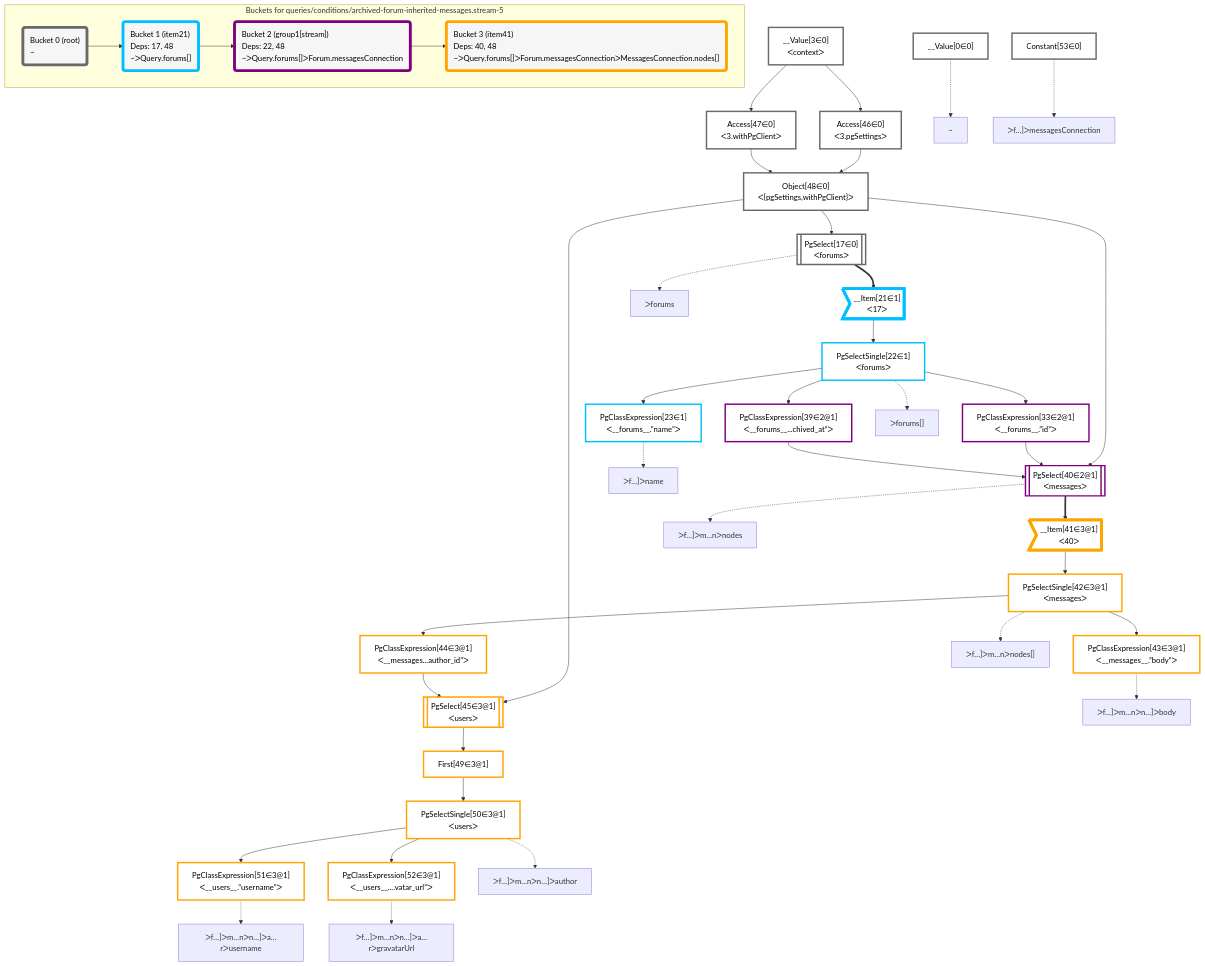
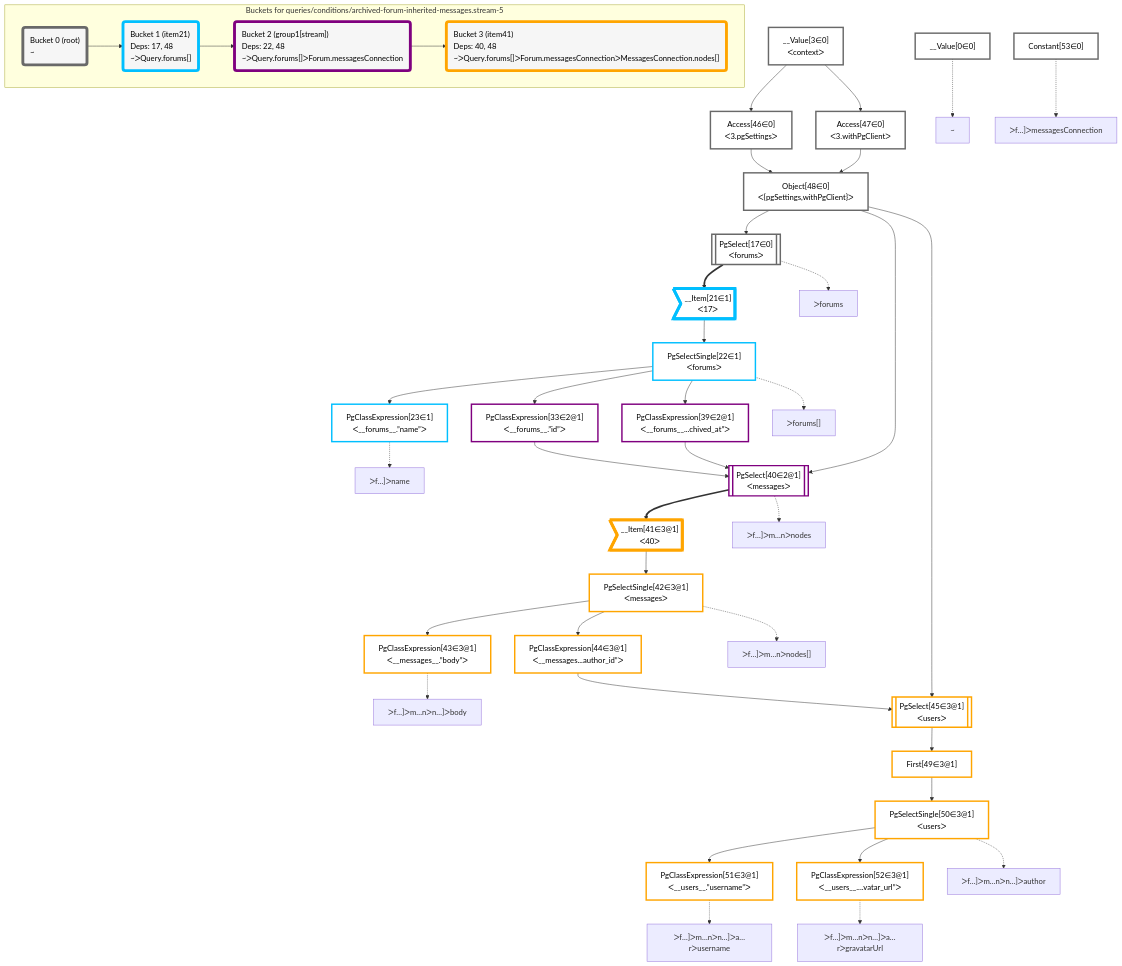
One commit to graphile/crystal changed the diagram in packages/dataplan-pg/__tests__/queries/conditions/archived-forum-inherited-messages.stream-5.deopt.mermaid.md. Above: the diagram before and after it, drawn with Mermaid. The commit also changed other lines of this file and 195 other files, not shown here.

Commit message:
Reorder graphs

```diff
--- a/packages/dataplan-pg/__tests__/queries/conditions/archived-forum-inherited-messages.stream-5.deopt.mermaid.md
+++ b/packages/dataplan-pg/__tests__/queries/conditions/archived-forum-inherited-messages.stream-5.deopt.mermaid.md
@@ -9,48 +9,48 @@
 
     %% define plans
     __Value0["__Value[0∈0]"]:::plan
+    __Value3["__Value[3∈0]<br />ᐸcontextᐳ"]:::plan
+    Access46["Access[46∈0]<br />ᐸ3.pgSettingsᐳ"]:::plan
+    Access47["Access[47∈0]<br />ᐸ3.withPgClientᐳ"]:::plan
+    Object48["Object[48∈0]<br />ᐸ{pgSettings,withPgClient}ᐳ"]:::plan
+    PgSelect17[["PgSelect[17∈0]<br />ᐸforumsᐳ"]]:::plan
+    __Item21>"__Item[21∈1]<br />ᐸ17ᐳ"]:::itemplan
+    PgSelectSingle22["PgSelectSingle[22∈1]<br />ᐸforumsᐳ"]:::plan
     PgClassExpression23["PgClassExpression[23∈1]<br />ᐸ__forums__.”name”ᐳ"]:::plan
+    PgClassExpression33["PgClassExpression[33∈2@1]<br />ᐸ__forums__.”id”ᐳ"]:::plan
+    Constant53["Constant[53∈0]"]:::plan
+    PgClassExpression39["PgClassExpression[39∈2@1]<br />ᐸ__forums__...chived_at”ᐳ"]:::plan
+    PgSelect40[["PgSelect[40∈2@1]<br />ᐸmessagesᐳ"]]:::plan
+    __Item41>"__Item[41∈3@1]<br />ᐸ40ᐳ"]:::itemplan
+    PgSelectSingle42["PgSelectSingle[42∈3@1]<br />ᐸmessagesᐳ"]:::plan
     PgClassExpression43["PgClassExpression[43∈3@1]<br />ᐸ__messages__.”body”ᐳ"]:::plan
+    PgClassExpression44["PgClassExpression[44∈3@1]<br />ᐸ__messages...author_id”ᐳ"]:::plan
+    PgSelect45[["PgSelect[45∈3@1]<br />ᐸusersᐳ"]]:::plan
+    First49["First[49∈3@1]"]:::plan
+    PgSelectSingle50["PgSelectSingle[50∈3@1]<br />ᐸusersᐳ"]:::plan
     PgClassExpression51["PgClassExpression[51∈3@1]<br />ᐸ__users__.”username”ᐳ"]:::plan
     PgClassExpression52["PgClassExpression[52∈3@1]<br />ᐸ__users__....vatar_url”ᐳ"]:::plan
-    PgSelectSingle50["PgSelectSingle[50∈3@1]<br />ᐸusersᐳ"]:::plan
-    First49["First[49∈3@1]"]:::plan
-    PgSelect45[["PgSelect[45∈3@1]<br />ᐸusersᐳ"]]:::plan
-    PgClassExpression44["PgClassExpression[44∈3@1]<br />ᐸ__messages...author_id”ᐳ"]:::plan
-    PgSelectSingle42["PgSelectSingle[42∈3@1]<br />ᐸmessagesᐳ"]:::plan
-    __Item41>"__Item[41∈3@1]<br />ᐸ40ᐳ"]:::itemplan
-    PgSelect40[["PgSelect[40∈2@1]<br />ᐸmessagesᐳ"]]:::plan
-    PgClassExpression33["PgClassExpression[33∈2@1]<br />ᐸ__forums__.”id”ᐳ"]:::plan
-    PgClassExpression39["PgClassExpression[39∈2@1]<br />ᐸ__forums__...chived_at”ᐳ"]:::plan
-    PgSelectSingle22["PgSelectSingle[22∈1]<br />ᐸforumsᐳ"]:::plan
-    __Item21>"__Item[21∈1]<br />ᐸ17ᐳ"]:::itemplan
-    PgSelect17[["PgSelect[17∈0]<br />ᐸforumsᐳ"]]:::plan
-    Object48["Object[48∈0]<br />ᐸ{pgSettings,withPgClient}ᐳ"]:::plan
-    Access46["Access[46∈0]<br />ᐸ3.pgSettingsᐳ"]:::plan
-    Access47["Access[47∈0]<br />ᐸ3.withPgClientᐳ"]:::plan
-    __Value3["__Value[3∈0]<br />ᐸcontextᐳ"]:::plan
-    Constant53["Constant[53∈0]"]:::plan
 
     %% plan dependencies
+    __Value3 --> Access46
+    __Value3 --> Access47
+    Access46 & Access47 --> Object48
+    Object48 --> PgSelect17
+    PgSelect17 ==> __Item21
+    __Item21 --> PgSelectSingle22
     PgSelectSingle22 --> PgClassExpression23
+    PgSelectSingle22 --> PgClassExpression33
+    PgSelectSingle22 --> PgClassExpression39
+    Object48 & PgClassExpression33 & PgClassExpression39 --> PgSelect40
+    PgSelect40 ==> __Item41
+    __Item41 --> PgSelectSingle42
     PgSelectSingle42 --> PgClassExpression43
+    PgSelectSingle42 --> PgClassExpression44
+    Object48 & PgClassExpression44 --> PgSelect45
+    PgSelect45 --> First49
+    First49 --> PgSelectSingle50
     PgSelectSingle50 --> PgClassExpression51
     PgSelectSingle50 --> PgClassExpression52
-    First49 --> PgSelectSingle50
-    PgSelect45 --> First49
-    Object48 & PgClassExpression44 --> PgSelect45
-    PgSelectSingle42 --> PgClassExpression44
-    __Item41 --> PgSelectSingle42
-    PgSelect40 ==> __Item41
-    Object48 & PgClassExpression33 & PgClassExpression39 --> PgSelect40
-    PgSelectSingle22 --> PgClassExpression33
-    PgSelectSingle22 --> PgClassExpression39
-    __Item21 --> PgSelectSingle22
-    PgSelect17 ==> __Item21
-    Object48 --> PgSelect17
-    Access46 & Access47 --> Object48
-    __Value3 --> Access46
-    __Value3 --> Access47
 
     %% plan-to-path relationships
     P0["~"]
```
